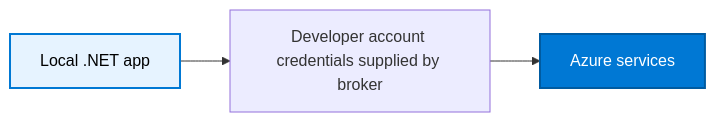
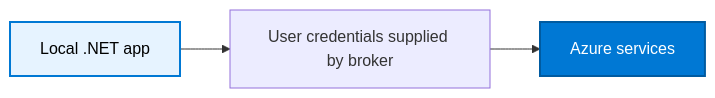
One commit to dotnet/docs changed the diagram in docs/azure/sdk/media/mermaidjs/local-broker-authentication.md. Above: the diagram before and after it, drawn with Mermaid. The commit also changed 1 other file, not shown here.

Commit message:
Apply suggestions from code review

````diff
--- a/docs/azure/sdk/media/mermaidjs/local-broker-authentication.md
+++ b/docs/azure/sdk/media/mermaidjs/local-broker-authentication.md
@@ -6,23 +6,23 @@
 ```mermaid
 %% STEPS TO GENERATE IMAGE 
 %% ======================= 
 %% 1. Install mermaid CLI v10.9.1 (see https://github.com/mermaid-js/mermaid-cli/blob/master/README.md): 
 %%    npm i -g @mermaid-js/mermaid-cli@10.9.1 
 %% 2. Run command: mmdc -i local-broker-authentication.md -o ../../media/mermaidjs/local-broker-authentication.svg 
 
 flowchart LR
     APP["Local .NET app"]
-    BK["Developer account credentials supplied by broker"]
+    BK["User credentials supplied by broker"]
     AS["Azure services"]
     
     APP --> BK
     BK --> AS
     
     classDef app fill:#e6f3ff,stroke:#0078d4,stroke-width:2px,color:#000,font-size:16px
     classDef serviceP fill:#D4F4D4,stroke:#7BC97B,stroke-width:2px,color:#000,font-size:16px
     classDef services fill:#0078d4,stroke:#005ba1,stroke-width:2px,color:#fff,font-size:16px
     
     class APP app
     class SP serviceP
     class AS services
 ```
````
